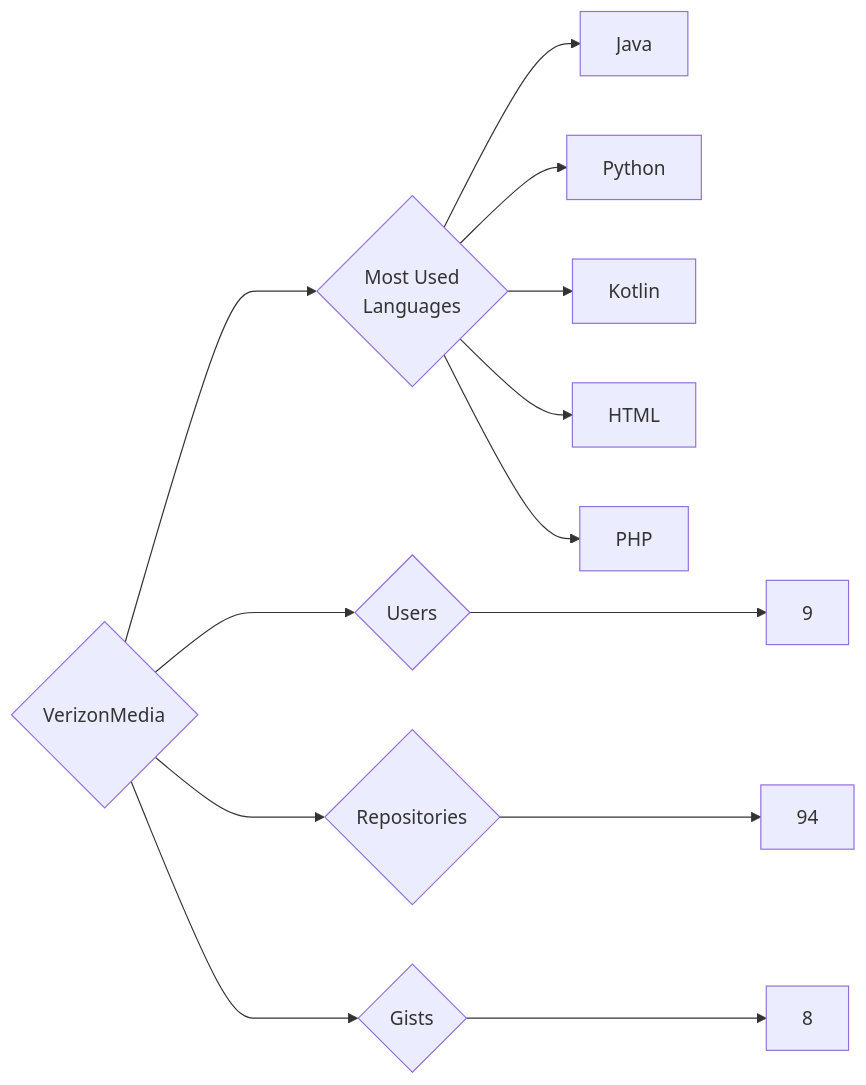
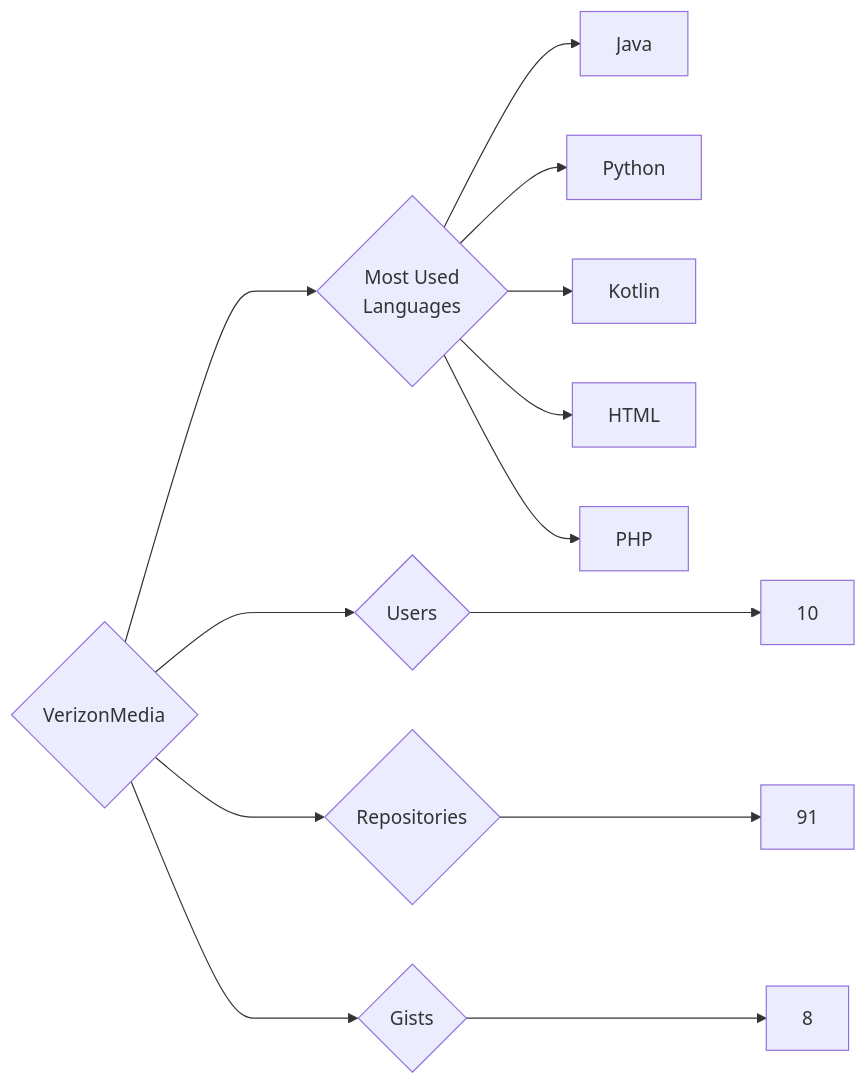
Before and after one commit to trickest/insiders: the diagram in targets/VerizonMedia/README.md, drawn with Mermaid. The commit also changed 1508 other files, not shown here.

````diff
--- a/targets/VerizonMedia/README.md
+++ b/targets/VerizonMedia/README.md
@@ -3,13 +3,13 @@
 ```mermaid
 graph LR
 COMPANY_NAME{VerizonMedia}
-COMPANY_NAME ---> U{Users} ---> UN[9]
-COMPANY_NAME ---> R{Repositories} ---> RN[94]
+COMPANY_NAME ---> U{Users} ---> UN[10]
+COMPANY_NAME ---> R{Repositories} ---> RN[91]
 COMPANY_NAME ---> G{Gists} ---> GN[8]
 COMPANY_NAME ---> ML{Most Used<br>Languages}
 ML --> Java[Java]
 ML --> Python[Python]
 ML --> Kotlin[Kotlin]
 ML --> HTML[HTML]
 ML --> PHP[PHP]
 ```
````
